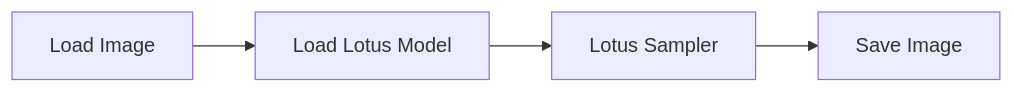
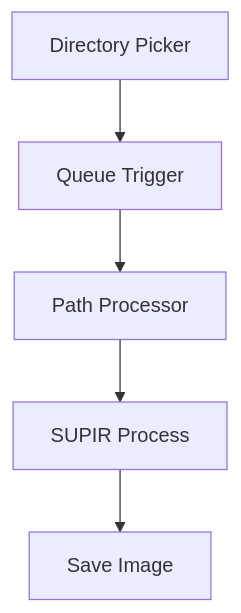
Before and after one commit to axunrun/Axun_Nodes: the fourth of 6 diagrams in README.md, drawn with Mermaid. The commit also changed other lines of this file and 7 other files, not shown here.

````diff
--- a/README.md
+++ b/README.md
@@ -478,6 +212,7 @@
 ```mermaid
-graph LR
-    A[Load Image] --> B[Load Lotus Model]
-    B --> C[Lotus Sampler]
-    C --> D[Save Image]
+graph TD
+    A[Directory Picker] --> B[Queue Trigger]
+    B --> C[Path Processor]
+    C --> D[SUPIR Process]
+    D --> E[Save Image]
 ```
````
